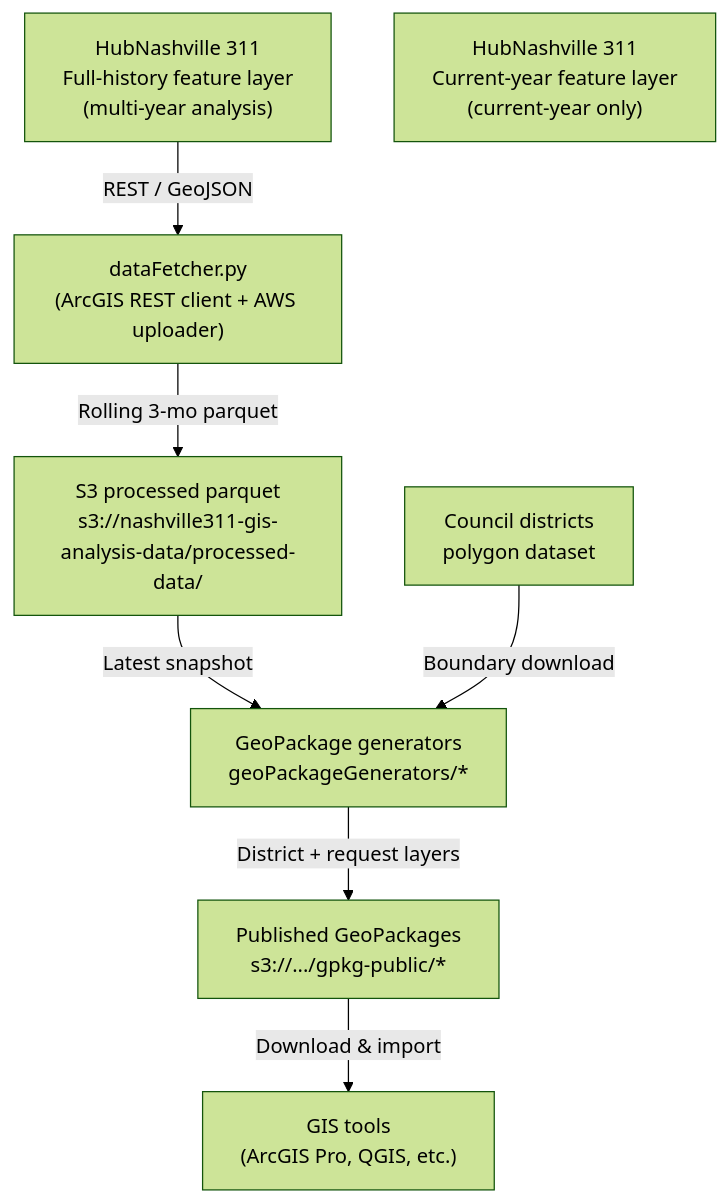
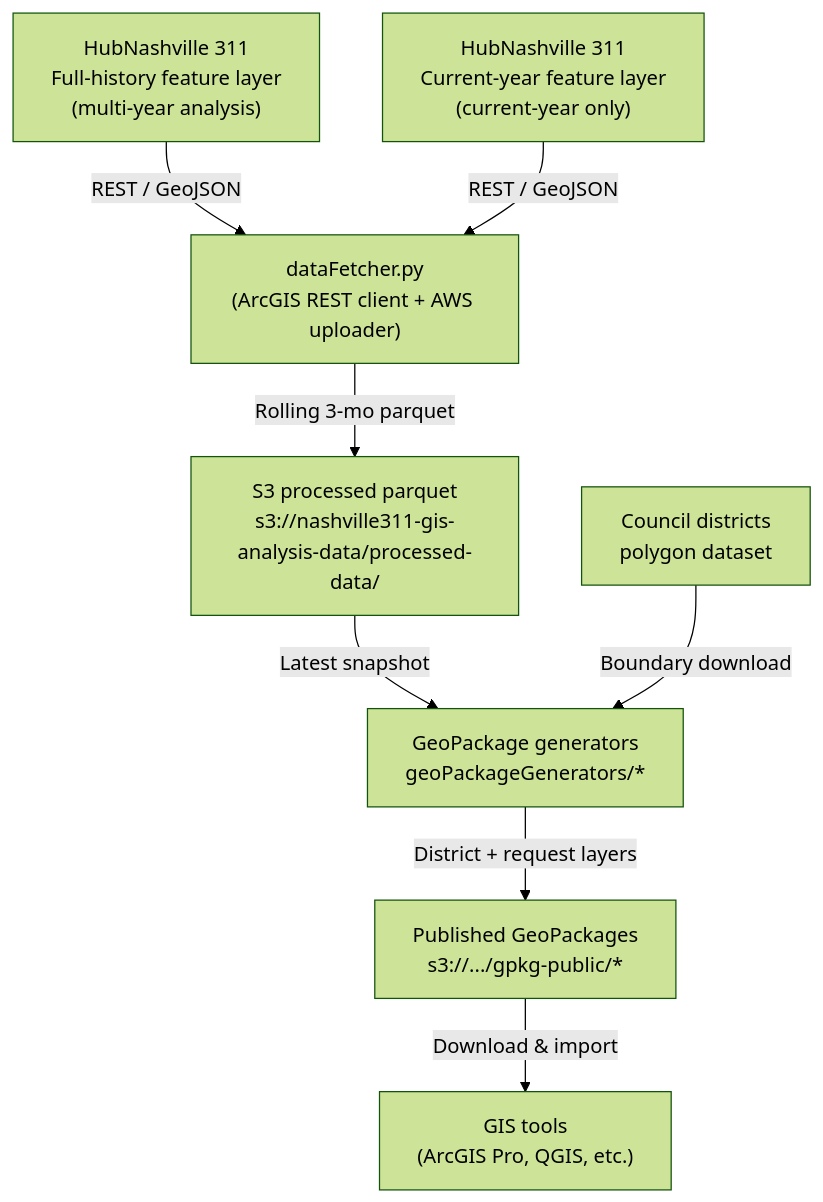
Before and after one commit to r0han01/nashville311ArcGisPipeline: the diagram in README.md, drawn with Mermaid (forest theme).

Commit message:
Link both source nodes

````diff
--- a/README.md
+++ b/README.md
@@ -7,19 +7,20 @@
 ```mermaid
 graph TD
     A1["HubNashville 311<br/>Full-history feature layer<br/>(multi-year analysis)"]
     A2["HubNashville 311<br/>Current-year feature layer<br/>(current-year only)"]
     A3["Council districts<br/>polygon dataset"]
 
     B1["dataFetcher.py<br/>(ArcGIS REST client + AWS uploader)"]
     B2["S3 processed parquet<br/>s3://nashville311-gis-analysis-data/processed-data/"]
     B3["GeoPackage generators<br/>geoPackageGenerators/*"]
     C1["Published GeoPackages<br/>s3://.../gpkg-public/*"]
     C2["GIS tools<br/>(ArcGIS Pro, QGIS, etc.)"]
 
     A1 -->|"REST / GeoJSON"| B1
+    A2 -->|"REST / GeoJSON"| B1
     B1 -->|"Rolling 3-mo parquet"| B2
     B2 -->|"Latest snapshot"| B3
     A3 -->|"Boundary download"| B3
     B3 -->|"District + request layers"| C1
     C1 -->|"Download & import"| C2
 ```
````
